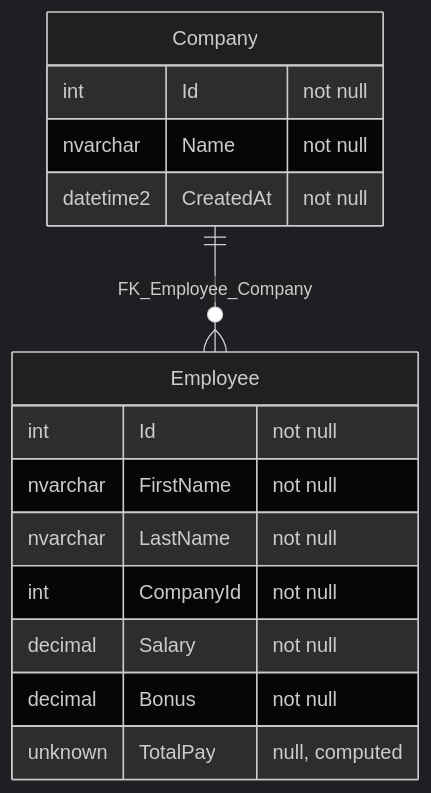
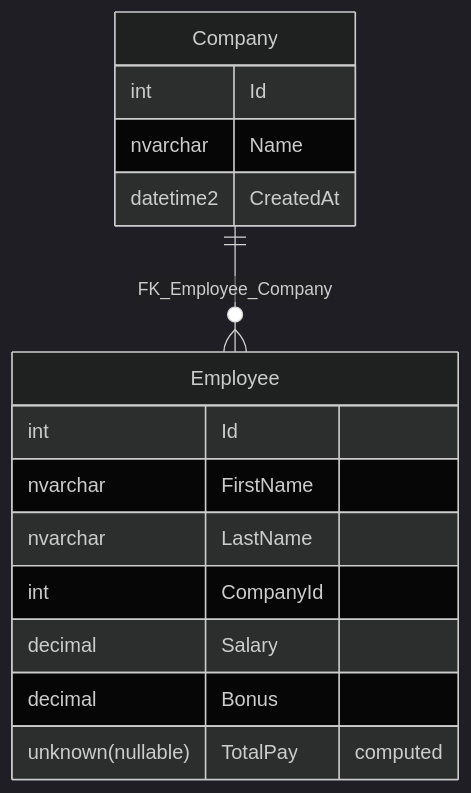
The diagram in src/SqlServerToMermaid.Tests/Tests.RenderMarkdownFromScript.verified.md (SimonCropp/DbToMermaid), drawn with Mermaid (dark theme) before and after one commit. The commit also changed 12 other files, not shown here.

````diff
--- a/src/SqlServerToMermaid.Tests/Tests.RenderMarkdownFromScript.verified.md
+++ b/src/SqlServerToMermaid.Tests/Tests.RenderMarkdownFromScript.verified.md
@@ -1,18 +1,18 @@
 ```mermaid
 erDiagram
   Company {
-    int Id "not null"
-    nvarchar Name "not null"
-    datetime2 CreatedAt "not null"
+    int Id
+    nvarchar Name
+    datetime2 CreatedAt
   }
   Employee {
-    int Id "not null"
-    nvarchar FirstName "not null"
-    nvarchar LastName "not null"
-    int CompanyId "not null"
-    decimal Salary "not null"
-    decimal Bonus "not null"
-    unknown TotalPay "null, computed"
+    int Id
+    nvarchar FirstName
+    nvarchar LastName
+    int CompanyId
+    decimal Salary
+    decimal Bonus
+    unknown(nullable) TotalPay "computed"
   }
   Company ||--o{ Employee : "FK_Employee_Company"
 ```
````
